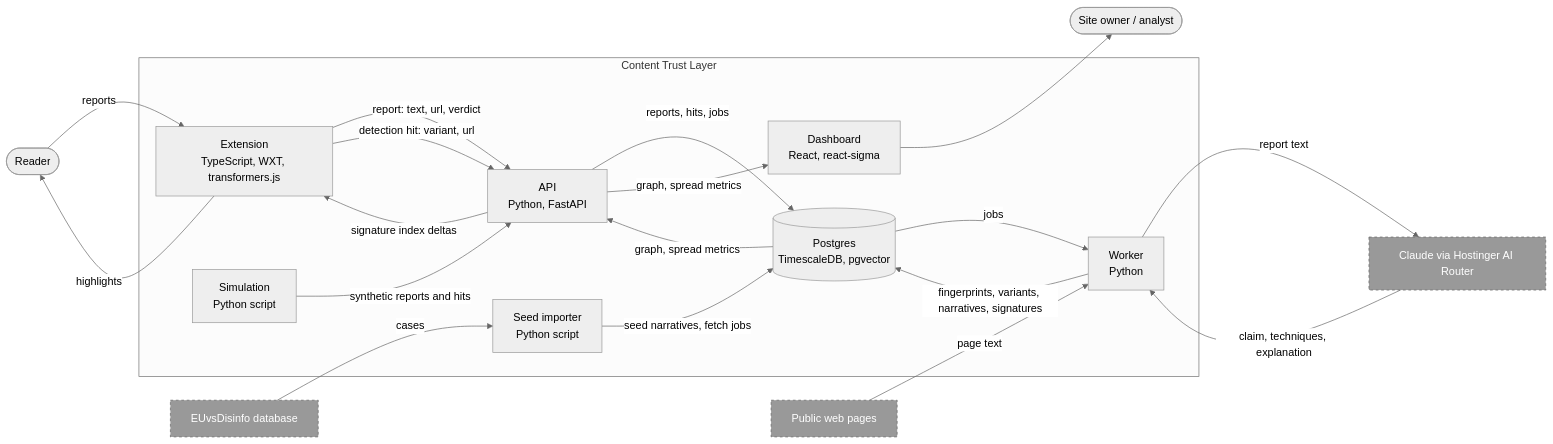
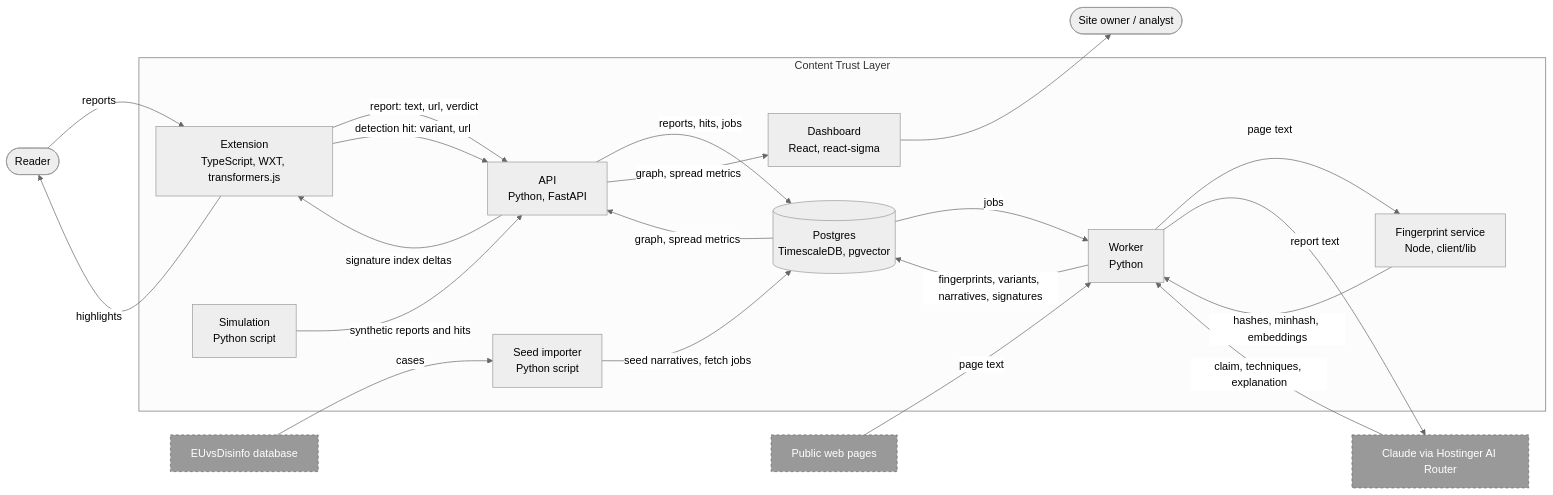
The second of 4 diagrams in docs/components.md (nlinnanen/konklaavi), drawn with Mermaid (neutral theme) before and after one commit. The commit also changed other lines of this file and 2 other files, not shown here.

````diff
--- a/docs/components.md
+++ b/docs/components.md
@@ -30,40 +30,43 @@
 ```mermaid
 flowchart LR
   Reader(["Reader"])
   Owner(["Site owner / analyst"])
 
   subgraph Sys["Content Trust Layer"]
     Ext["Extension<br/>TypeScript, WXT, transformers.js"]
     API["API<br/>Python, FastAPI"]
     Worker["Worker<br/>Python"]
+    FPS["Fingerprint service<br/>Node, client/lib"]
     DB[("Postgres<br/>TimescaleDB, pgvector")]
     Dash["Dashboard<br/>React, react-sigma"]
     Seed["Seed importer<br/>Python script"]
     Sim["Simulation<br/>Python script"]
   end
 
   Web["Public web pages"]
   EU["EUvsDisinfo database"]
   Claude["Claude via Hostinger AI Router"]
 
   Reader -->|reports| Ext
   Ext -->|highlights| Reader
   Ext -->|"report: text, url, verdict"| API
   Ext -->|"detection hit: variant, url"| API
   API -->|signature index deltas| Ext
   API -->|reports, hits, jobs| DB
   DB -->|jobs| Worker
   Worker -->|"fingerprints, variants, narratives, signatures"| DB
   Web -->|page text| Worker
+  Worker -->|page text| FPS
+  FPS -->|"hashes, minhash, embeddings"| Worker
   Worker -->|report text| Claude
   Claude -->|claim, techniques, explanation| Worker
   EU -->|cases| Seed
   Seed -->|seed narratives, fetch jobs| DB
   DB -->|graph, spread metrics| API
   API -->|graph, spread metrics| Dash
   Dash --> Owner
   Sim -->|synthetic reports and hits| API
 
   classDef ext fill:#999,stroke:#666,stroke-dasharray:4,color:#fff
   class Web,EU,Claude ext
 ```
````
